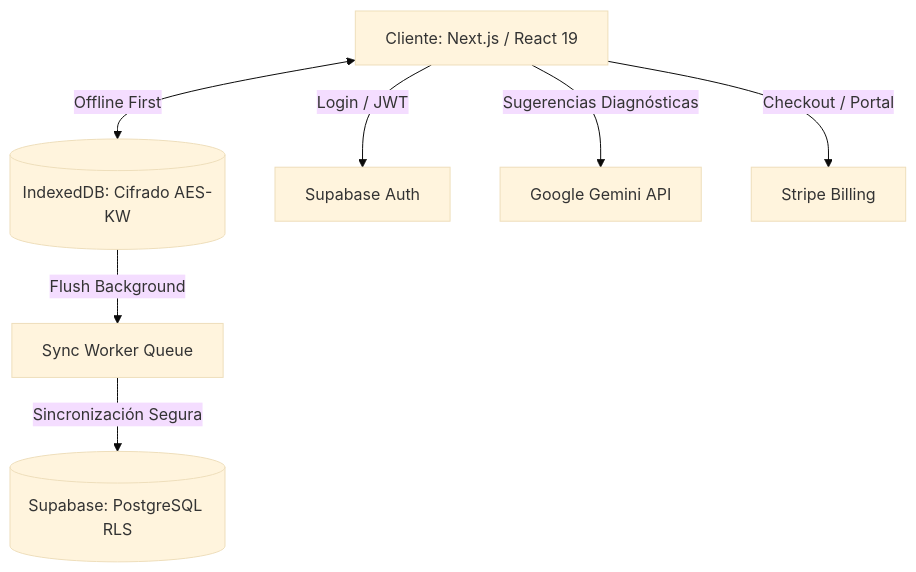
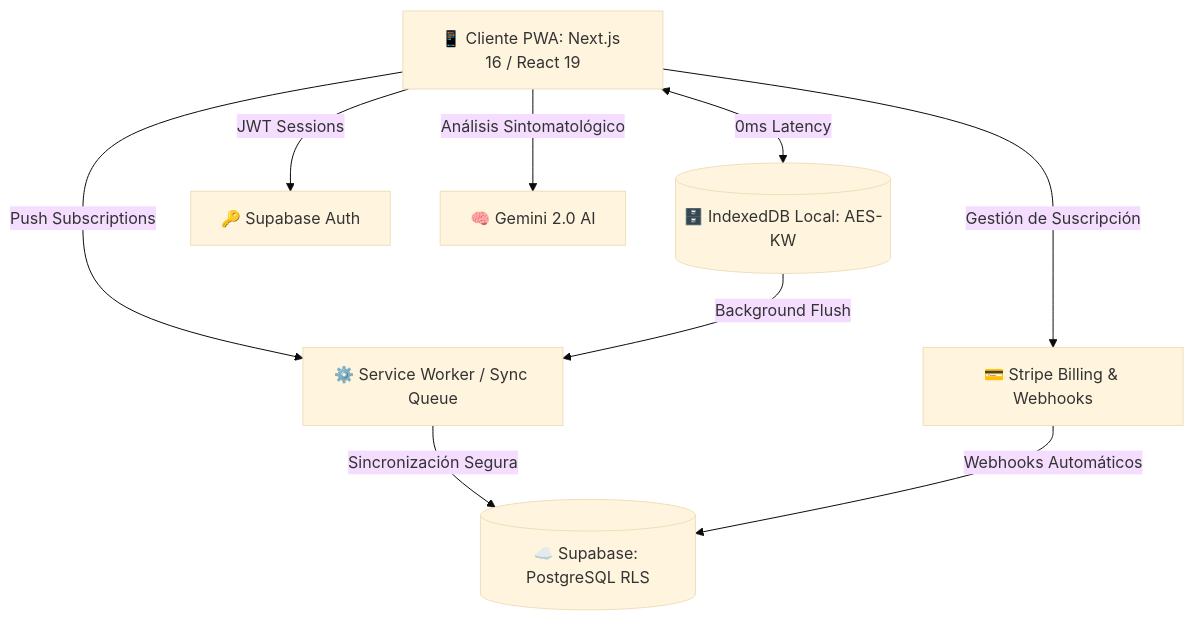
One commit to khryazid/HCE changed the diagram in README.md. Above: the diagram before and after it, drawn with Mermaid (base theme). The commit also changed other lines of this file and 20 other files, not shown here.

Commit message:
feat(core): production release v1.0.0 with web push notifications, offline telemetry, and csp headers

````diff
--- a/README.md
+++ b/README.md
@@ -86,17 +70,19 @@
 ```mermaid
 graph TD
-    Client[Cliente: Next.js / React 19]
-    IDB[(IndexedDB: Cifrado AES-KW)]
-    Sync[Sync Worker Queue]
-    SupabaseDB[(Supabase: PostgreSQL RLS)]
-    SupabaseAuth[Supabase Auth]
-    Gemini[Google Gemini API]
-    Stripe[Stripe Billing]
+    Client[📱 Cliente PWA: Next.js 16 / React 19]
+    IDB[(🗄️ IndexedDB Local: AES-KW)]
+    SW[⚙️ Service Worker / Sync Queue]
+    SupabaseDB[(☁️ Supabase: PostgreSQL RLS)]
+    Auth[🔑 Supabase Auth]
+    AI[🧠 Gemini 2.0 AI]
+    Stripe[💳 Stripe Billing & Webhooks]
 
-    Client <-->|Offline First| IDB
-    IDB -->|Flush Background| Sync
-    Sync -->|Sincronización Segura| SupabaseDB
-    Client -->|Login / JWT| SupabaseAuth
-    Client -->|Sugerencias Diagnósticas| Gemini
-    Client -->|Checkout / Portal| Stripe
+    Client <-->|0ms Latency| IDB
+    Client -->|Push Subscriptions| SW
+    IDB -->|Background Flush| SW
+    SW -->|Sincronización Segura| SupabaseDB
+    Client -->|JWT Sessions| Auth
+    Client -->|Análisis Sintomatológico| AI
+    Client -->|Gestión de Suscripción| Stripe
+    Stripe -->|Webhooks Automáticos| SupabaseDB
 ```
````
